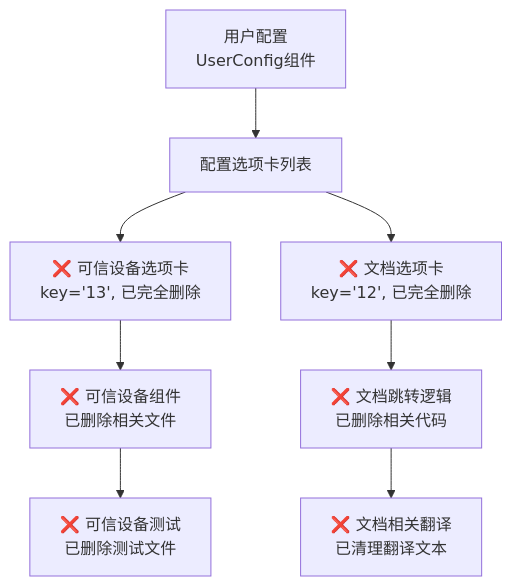
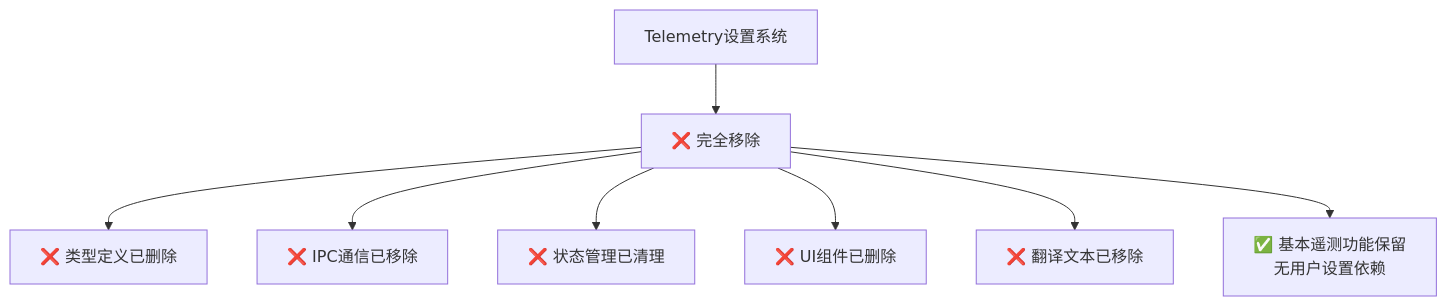
Before and after one commit to linwinfan/ZSChaterm: the second of 2 diagrams in plan.md, drawn with Mermaid. The commit also changed other lines of this file and 13 other files, not shown here.

````diff
--- a/plan.md
+++ b/plan.md
@@ -6,10 +117,11 @@
 ```mermaid
 graph TB
-    A[用户配置<br>UserConfig组件] --> B[配置选项卡列表]
-    B --> C[❌ 可信设备选项卡<br>key='13', 已完全删除]
-    B --> D[❌ 文档选项卡<br>key='12', 已完全删除]
-    C --> E[❌ 可信设备组件<br>已删除相关文件]
-    D --> F[❌ 文档跳转逻辑<br>已删除相关代码]
-    E --> G[❌ 可信设备测试<br>已删除测试文件]
-    F --> H[❌ 文档相关翻译<br>已清理翻译文本]
+    A[Telemetry设置系统] --> B[❌ 完全移除]
+
+    B --> C[❌ 类型定义已删除]
+    B --> D[❌ IPC通信已移除]
+    B --> E[❌ 状态管理已清理]
+    B --> F[❌ UI组件已删除]
+    B --> G[❌ 翻译文本已移除]
+    B --> H[✅ 基本遥测功能保留<br>无用户设置依赖]
 ```
````
